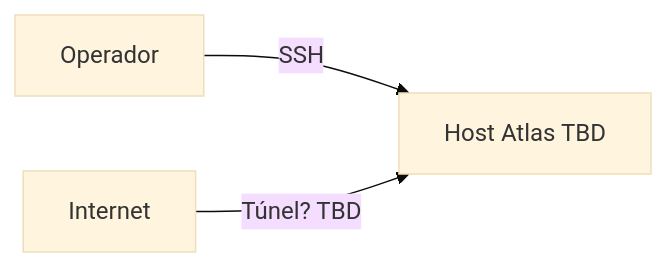
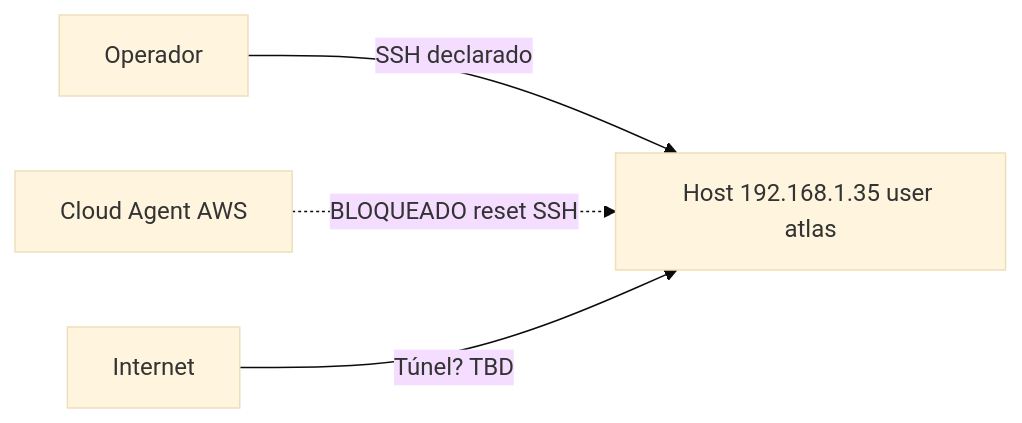
One commit to AdriPardo/atlas changed the diagram in docs/architecture/physical.md. Above: the diagram before and after it, drawn with Mermaid (base theme). The commit also changed other lines of this file and 1 other file, not shown here.

Commit message:
docs: anotar host declarado 192.168.1.35 en README y arquitectura física

````diff
--- a/docs/architecture/physical.md
+++ b/docs/architecture/physical.md
@@ -20,5 +20,6 @@
 ```mermaid
 flowchart LR
-  Operator[Operador] -->|SSH| Host[Host Atlas TBD]
+  Operator[Operador] -->|SSH declarado| Host["Host 192.168.1.35 user atlas"]
+  CloudAgent[Cloud Agent AWS] -.->|BLOQUEADO reset SSH| Host
   Internet[Internet] -->|Túnel? TBD| Host
 ```
````
